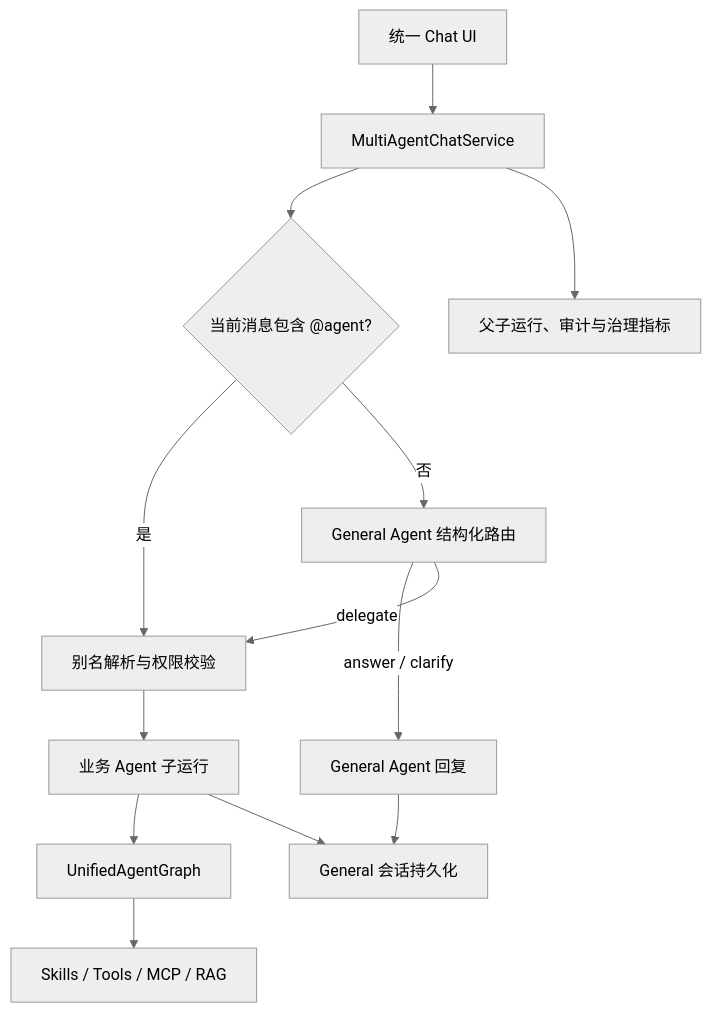
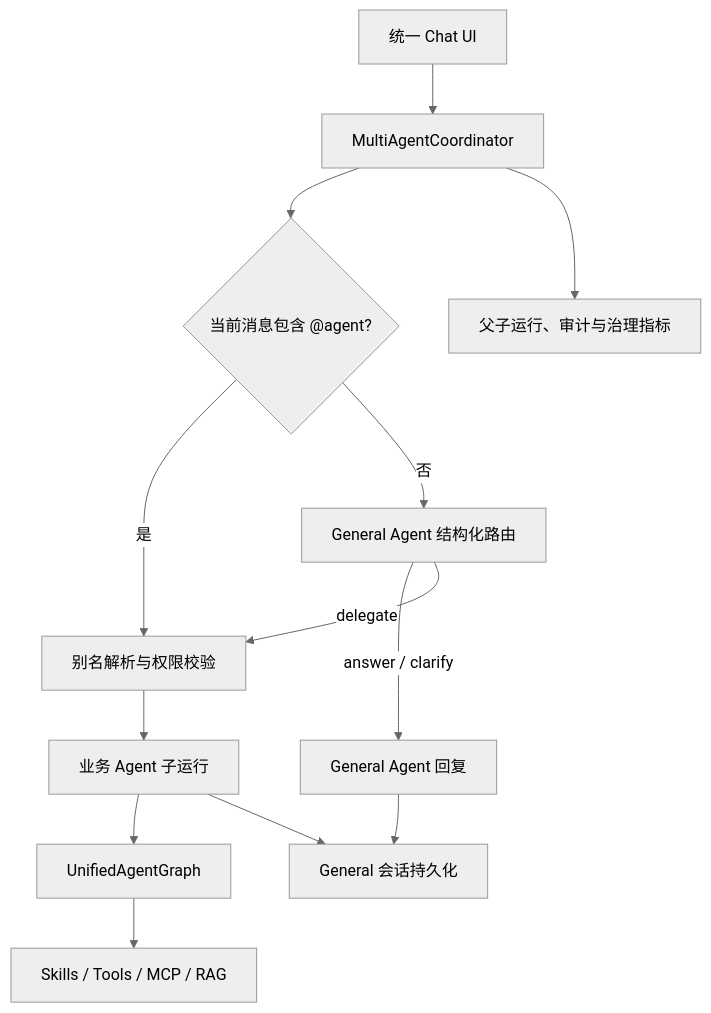
The diagram in docs/superpowers/specs/2026-07-03-general-agent-multiagent-chat-design.md (leo-cai-ai/agentkit), drawn with Mermaid (neutral theme) before and after one commit. The commit also changed other lines of this file and 54 other files, not shown here.

````diff
--- a/docs/superpowers/specs/2026-07-03-general-agent-multiagent-chat-design.md
+++ b/docs/superpowers/specs/2026-07-03-general-agent-multiagent-chat-design.md
@@ -59,15 +59,15 @@
 ```mermaid
 flowchart TD
-  UI["统一 Chat UI"] --> CHAT["MultiAgentChatService"]
+  UI["统一 Chat UI"] --> CHAT["MultiAgentCoordinator"]
   CHAT --> MENTION{"当前消息包含 @agent?"}
   MENTION -- 是 --> VALIDATE["别名解析与权限校验"]
   MENTION -- 否 --> ROUTER["General Agent 结构化路由"]
   ROUTER -->|answer / clarify| ANSWER["General Agent 回复"]
   ROUTER -->|delegate| VALIDATE
   VALIDATE --> CHILD["业务 Agent 子运行"]
   CHILD --> GRAPH["UnifiedAgentGraph"]
   GRAPH --> SKILLS["Skills / Tools / MCP / RAG"]
   ANSWER --> PERSIST["General 会话持久化"]
   CHILD --> PERSIST
   CHAT --> TRACE["父子运行、审计与治理指标"]
 ```
````
